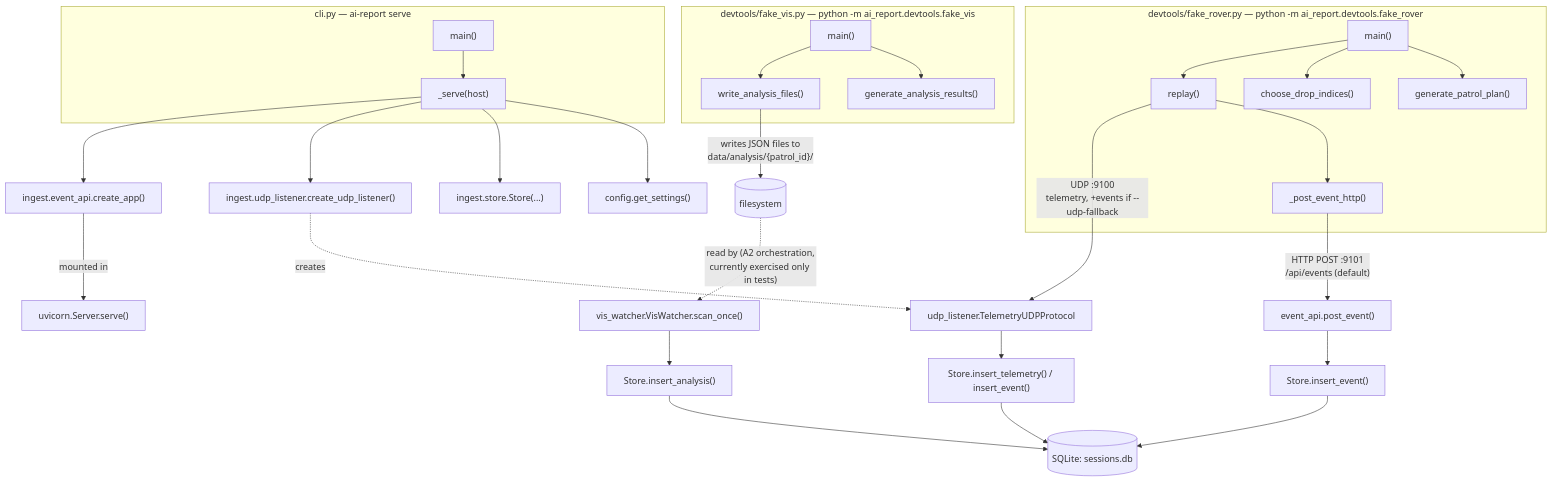
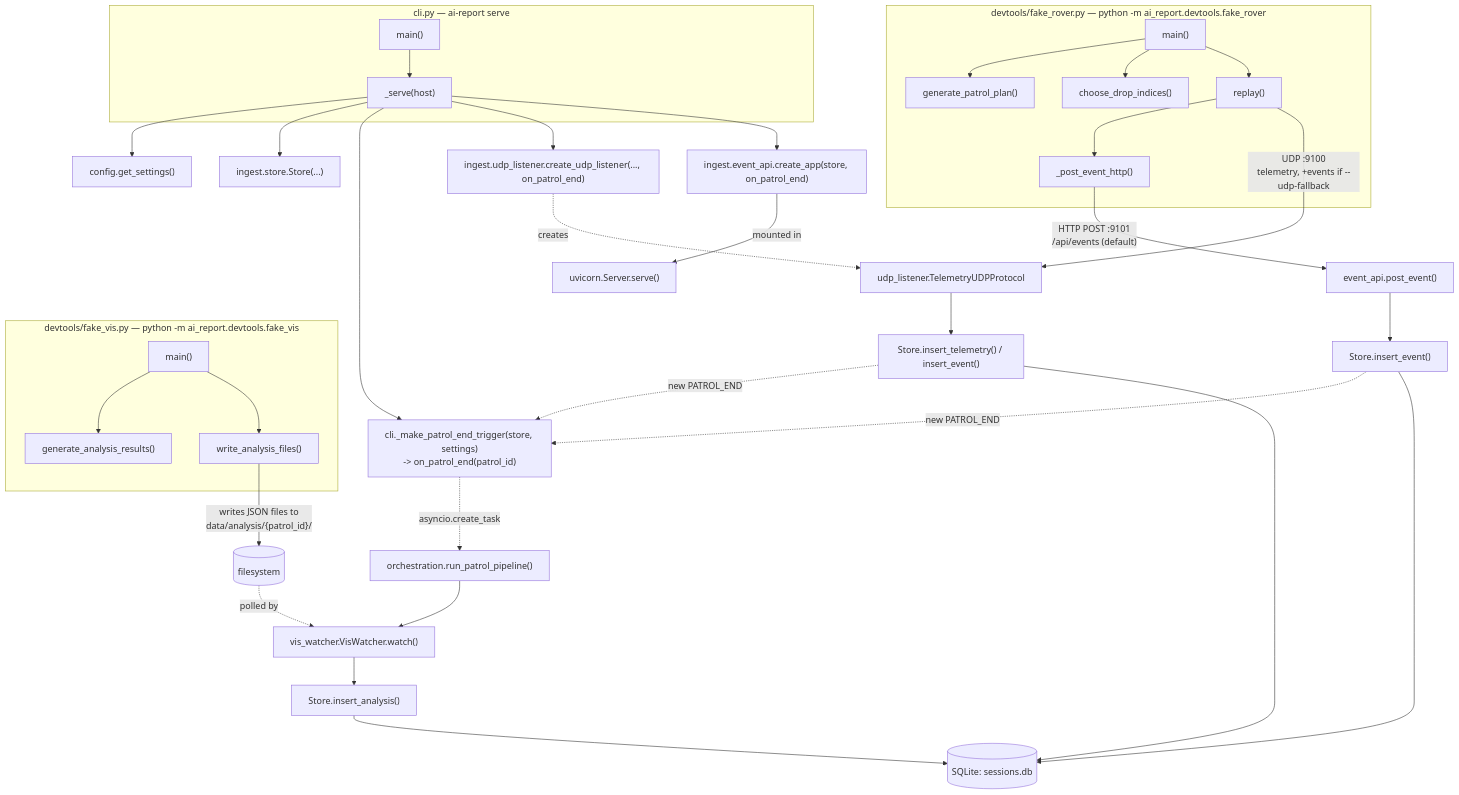
Before and after one commit to sangjin-mo/DIP_mobility_project: the first of 3 diagrams in ai_report/CALL_MAP.md, drawn with Mermaid. The commit also changed other lines of this file and 14 other files, not shown here.

````diff
--- a/ai_report/CALL_MAP.md
+++ b/ai_report/CALL_MAP.md
@@ -38,39 +42,45 @@
 ```mermaid
 flowchart TB
     subgraph CLI["cli.py — ai-report serve"]
         MAIN["main()"] --> SERVE["_serve(host)"]
     end
 
     subgraph FAKE_DR["devtools/fake_rover.py — python -m ai_report.devtools.fake_rover"]
         FRMAIN["main()"] --> FRPLAN["generate_patrol_plan()"]
         FRMAIN --> FRDROP["choose_drop_indices()"]
         FRMAIN --> FRREPLAY["replay()"]
         FRREPLAY --> FRHTTP["_post_event_http()"]
     end
 
     subgraph FAKE_VIS["devtools/fake_vis.py — python -m ai_report.devtools.fake_vis"]
         FVMAIN["main()"] --> FVGEN["generate_analysis_results()"]
         FVMAIN --> FVWRITE["write_analysis_files()"]
     end
 
     SERVE --> GETSET1["config.get_settings()"]
     SERVE --> STORE1["ingest.store.Store(...)"]
-    SERVE --> UDPCREATE["ingest.udp_listener.create_udp_listener()"]
-    SERVE --> APPCREATE["ingest.event_api.create_app()"]
+    SERVE --> TRIGGER["cli._make_patrol_end_trigger(store, settings)\n-> on_patrol_end(patrol_id)"]
+    SERVE --> UDPCREATE["ingest.udp_listener.create_udp_listener(..., on_patrol_end)"]
+    SERVE --> APPCREATE["ingest.event_api.create_app(store, on_patrol_end)"]
     APPCREATE -->|"mounted in"| UVICORN["uvicorn.Server.serve()"]
 
     FRREPLAY -- "UDP :9100\ntelemetry, +events if --udp-fallback" --> UDPPROTO["udp_listener.TelemetryUDPProtocol"]
     FRHTTP -- "HTTP POST :9101\n/api/events (default)" --> POSTEVENT["event_api.post_event()"]
 
     UDPCREATE -.creates.-> UDPPROTO
     UDPPROTO --> STOREW1["Store.insert_telemetry() / insert_event()"]
     POSTEVENT --> STOREW2["Store.insert_event()"]
 
+    STOREW1 -.->|"new PATROL_END"| TRIGGER
+    STOREW2 -.->|"new PATROL_END"| TRIGGER
+    TRIGGER -.->|"asyncio.create_task"| RUNPIPE["orchestration.run_patrol_pipeline()"]
+
     FVWRITE -- "writes JSON files to\ndata/analysis/{patrol_id}/" --> DISK[("filesystem")]
-    DISK -. "read by (A2 orchestration,\ncurrently exercised only in tests)" .-> WATCHER["vis_watcher.VisWatcher.scan_once()"]
+    DISK -. "polled by" .-> WATCHER["vis_watcher.VisWatcher.watch()"]
+    RUNPIPE --> WATCHER
     WATCHER --> STOREW3["Store.insert_analysis()"]
 
     STOREW1 --> DB[("SQLite: sessions.db")]
     STOREW2 --> DB
     STOREW3 --> DB
 ```
````
